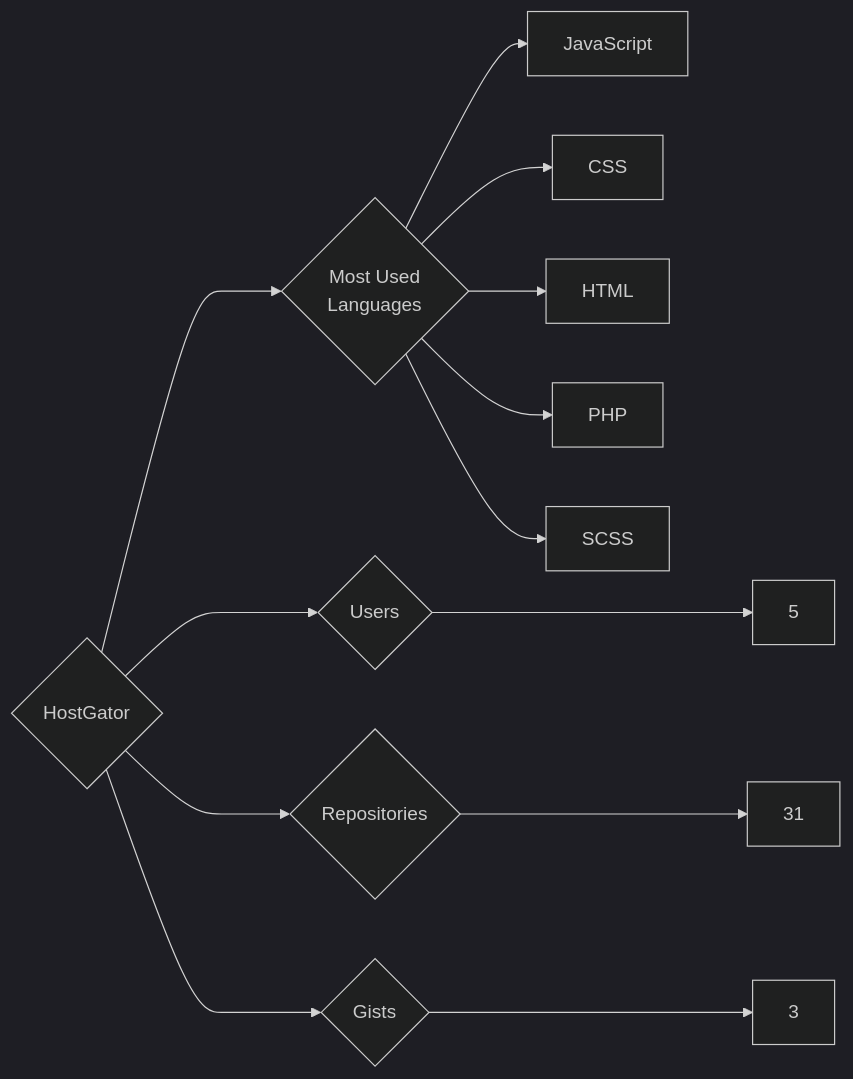
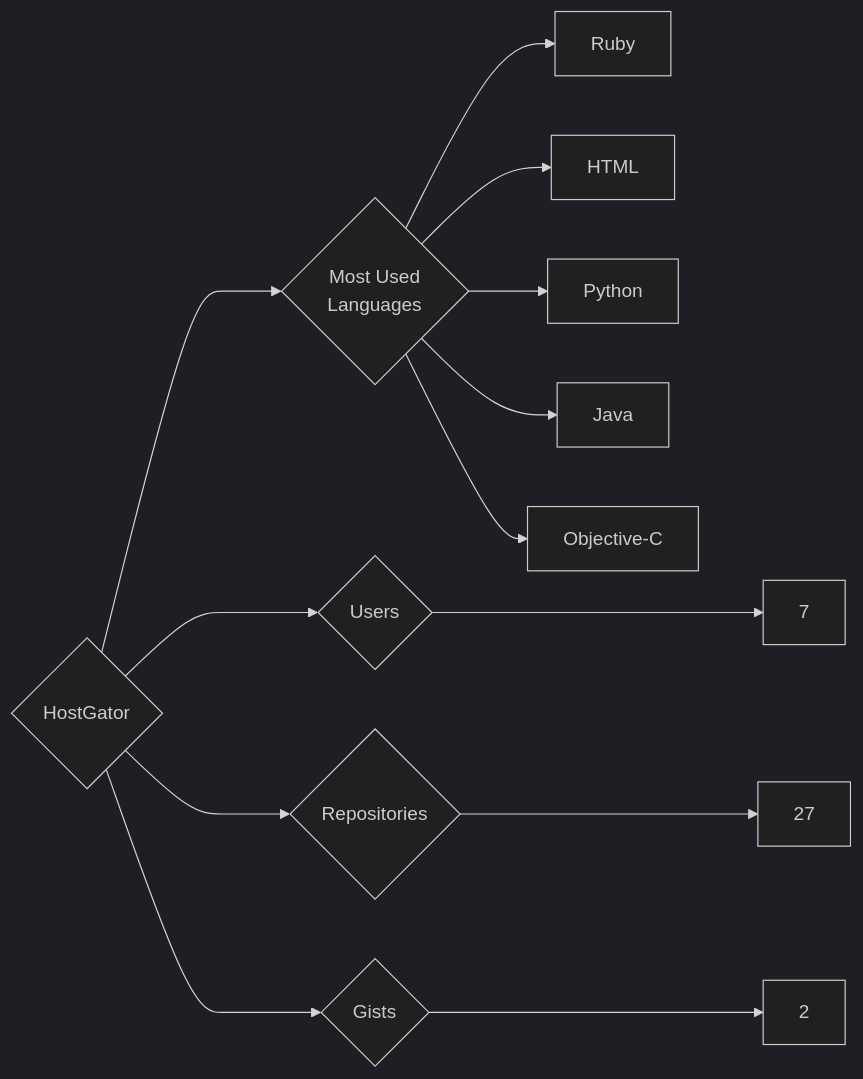
The diagram in targets/HostGator/README.md (trickest/insiders), drawn with Mermaid (dark theme) before and after one commit. The commit also changed 865 other files, not shown here.

````diff
--- a/targets/HostGator/README.md
+++ b/targets/HostGator/README.md
@@ -3,13 +3,13 @@
 ```mermaid
 graph LR
 COMPANY_NAME{HostGator}
-COMPANY_NAME ---> U{Users} ---> UN[5]
-COMPANY_NAME ---> R{Repositories} ---> RN[31]
-COMPANY_NAME ---> G{Gists} ---> GN[3]
+COMPANY_NAME ---> U{Users} ---> UN[7]
+COMPANY_NAME ---> R{Repositories} ---> RN[27]
+COMPANY_NAME ---> G{Gists} ---> GN[2]
 COMPANY_NAME ---> ML{Most Used<br>Languages}
-ML --> JavaScript[JavaScript]
-ML --> CSS[CSS]
+ML --> Ruby[Ruby]
 ML --> HTML[HTML]
-ML --> PHP[PHP]
-ML --> SCSS[SCSS]
+ML --> Python[Python]
+ML --> Java[Java]
+ML --> Objective-C[Objective-C]
 ```
````
